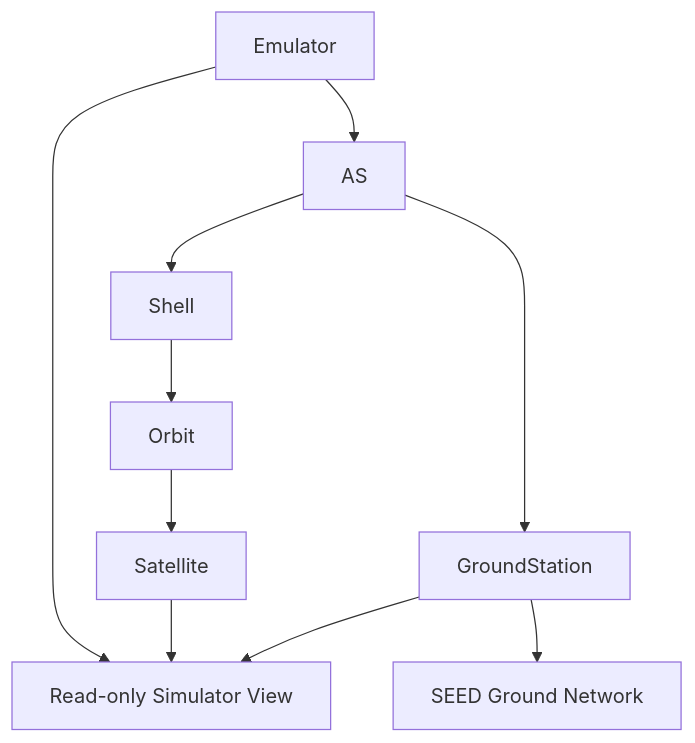
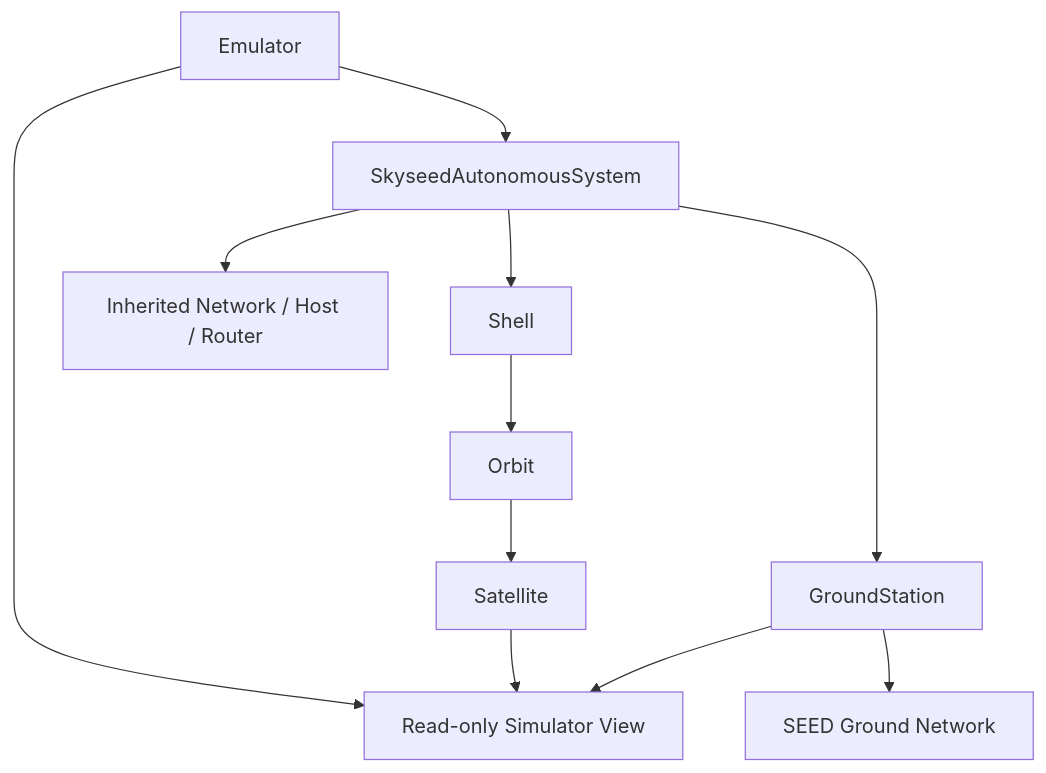
One commit to seed-labs/skyseed changed the fourth of 9 diagrams in skyseed_v2/docs/architecture/diagrams.md. Above: the diagram before and after it, drawn with Mermaid. The commit also changed other lines of this file and 28 other files, not shown here.

````diff
--- a/skyseed_v2/docs/architecture/diagrams.md
+++ b/skyseed_v2/docs/architecture/diagrams.md
@@ -100,14 +100,15 @@
 ```mermaid
 flowchart TD
-    Emulator --> AS
-    AS --> Shell
+    Emulator --> SkyseedAS[SkyseedAutonomousSystem]
+    SkyseedAS --> Shell
     Shell --> Orbit
     Orbit --> Satellite
 
-    AS --> GroundStation
+    SkyseedAS --> GroundStation
+    SkyseedAS --> StandardNode[Inherited Network / Host / Router]
     GroundStation --> GroundNetwork[SEED Ground Network]
 
     Emulator --> ReadOnlyView[Read-only Simulator View]
     Satellite --> ReadOnlyView
     GroundStation --> ReadOnlyView
 ```
````
